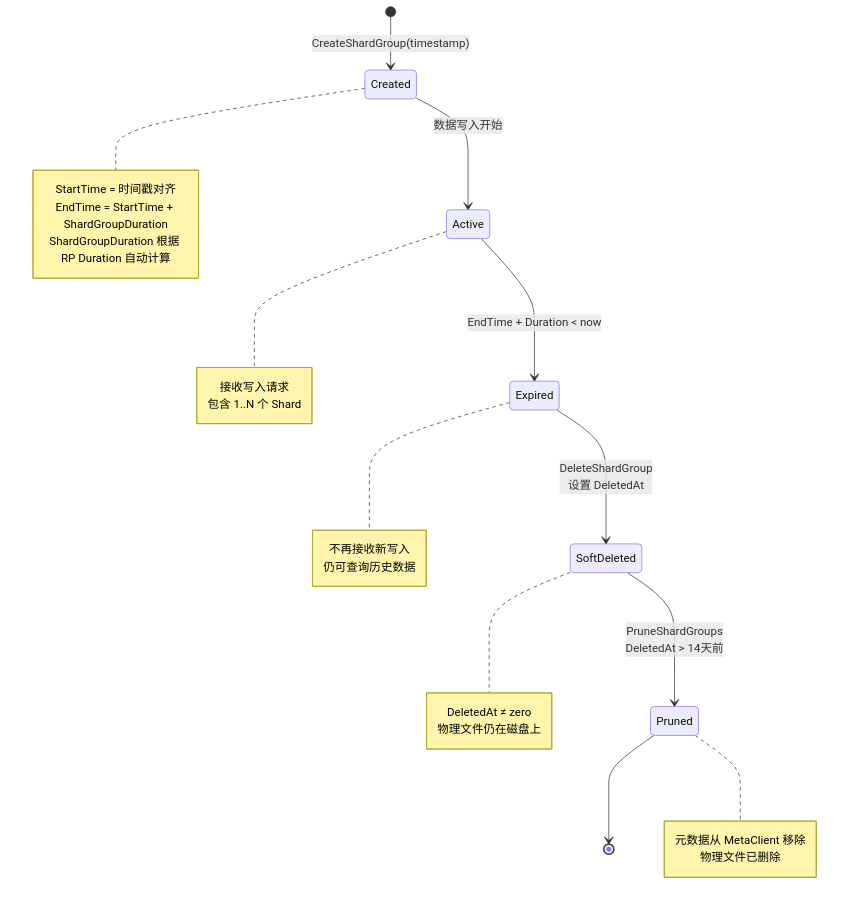
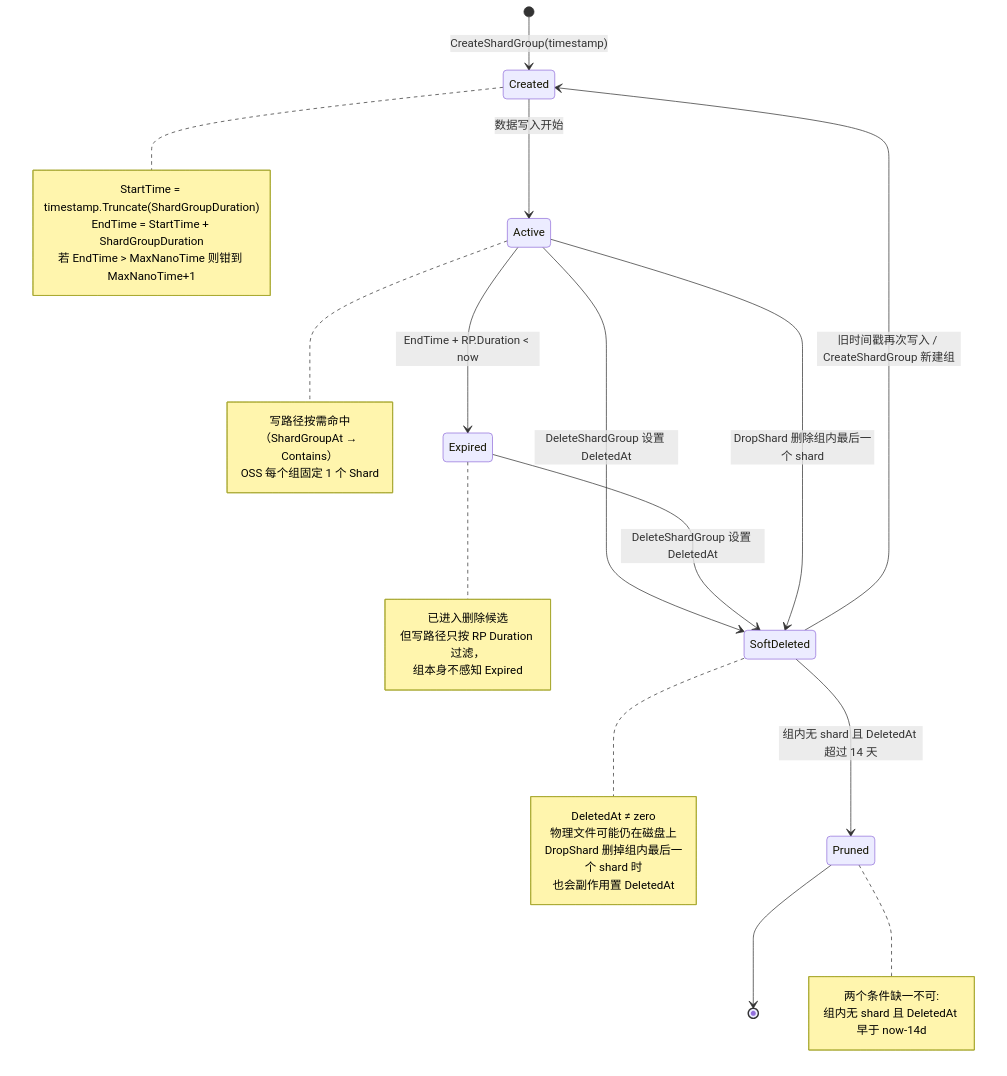
Before and after one commit to stefanv5/influxdb: the tenth of 17 diagrams in docs/specs/12_background_services_spec.md, drawn with Mermaid. The commit also changed other lines of this file and 16 other files, not shown here.

First line of the commit message:
docs: correct and deepen the 17 architecture specs

````diff
--- a/docs/specs/12_background_services_spec.md
+++ b/docs/specs/12_background_services_spec.md
@@ -980,35 +1245,41 @@
 ```mermaid
 stateDiagram-v2
     [*] --> Created: CreateShardGroup(timestamp)
     Created --> Active: 数据写入开始
-    Active --> Expired: EndTime + Duration < now
-    Expired --> SoftDeleted: DeleteShardGroup<br/>设置 DeletedAt
-    SoftDeleted --> Pruned: PruneShardGroups<br/>DeletedAt > 14天前
+    Active --> Expired: EndTime + RP.Duration < now
+    Active --> SoftDeleted: DeleteShardGroup 设置 DeletedAt
+    Expired --> SoftDeleted: DeleteShardGroup 设置 DeletedAt
+    Active --> SoftDeleted: DropShard 删除组内最后一个 shard
+    SoftDeleted --> Created: 旧时间戳再次写入 / CreateShardGroup 新建组
+    SoftDeleted --> Pruned: 组内无 shard 且 DeletedAt 超过 14 天
     Pruned --> [*]
 
     note right of Created
-        StartTime = 时间戳对齐
+        StartTime = timestamp.Truncate(ShardGroupDuration)
         EndTime = StartTime + ShardGroupDuration
-        ShardGroupDuration 根据 RP Duration 自动计算
+        若 EndTime > MaxNanoTime 则钳到 MaxNanoTime+1
     end note
 
     note right of Active
-        接收写入请求
-        包含 1..N 个 Shard
+        写路径按需命中（ShardGroupAt → Contains）
+        OSS 每个组固定 1 个 Shard
     end note
 
     note right of Expired
-        不再接收新写入
-        仍可查询历史数据
+        已进入删除候选
+        但写路径只按 RP Duration 过滤，
+        组本身不感知 Expired
     end note
 
     note right of SoftDeleted
         DeletedAt ≠ zero
-        物理文件仍在磁盘上
+        物理文件可能仍在磁盘上
+        DropShard 删掉组内最后一个 shard 时
+        也会副作用置 DeletedAt
     end note
 
     note right of Pruned
-        元数据从 MetaClient 移除
-        物理文件已删除
+        两个条件缺一不可:
+        组内无 shard 且 DeletedAt 早于 now-14d
     end note
 ```
````
